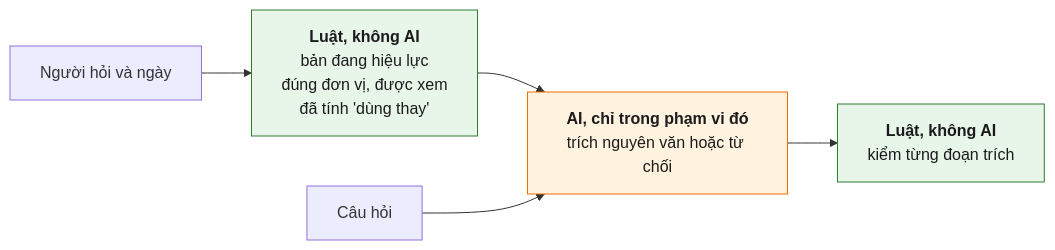
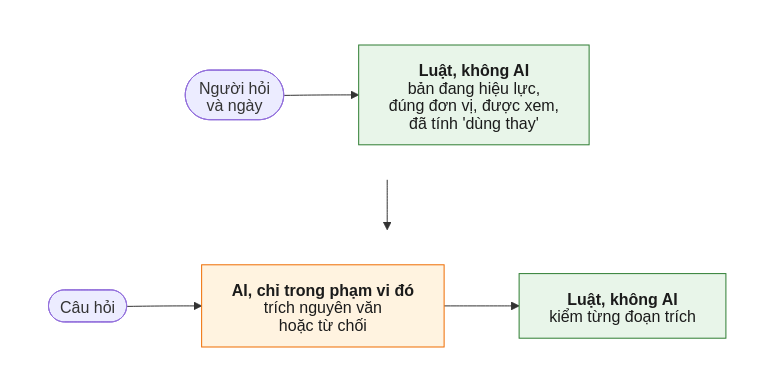
The first of 3 diagrams in README.md (Park-Hip/next-gen-2026), drawn with Mermaid before and after one commit. The commit also changed other lines of this file, not shown here.

Commit message:
Make the README diagrams robust on GitHub: SVG text labels that never clip, two rows that keep clear of the zoom buttons

````diff
--- a/README.md
+++ b/README.md
@@ -65,11 +65,35 @@
 ```mermaid
-flowchart LR
-    who["Người hỏi và ngày"] --> rules["<b>Luật, không AI</b><br/>bản đang hiệu lực<br/>đúng đơn vị, được xem<br/>đã tính 'dùng thay'"]
-    rules --> ai["<b>AI, chỉ trong phạm vi đó</b><br/>trích nguyên văn hoặc từ chối"]
-    q["Câu hỏi"] --> ai
-    ai --> check["<b>Luật, không AI</b><br/>kiểm từng đoạn trích"]
+---
+config:
+  htmlLabels: false
+  flowchart:
+    htmlLabels: false
+    wrappingWidth: 400
+    diagramPadding: 8
+---
+flowchart TB
+    subgraph before[" "]
+        direction LR
+        who(["Người hỏi<br/>và ngày"]) --> rules["`**Luật, không AI**
+        bản đang hiệu lực,
+        đúng đơn vị, được xem,
+        đã tính 'dùng thay'`"]
+    end
+
+    subgraph after[" "]
+        direction LR
+        q(["Câu hỏi"]) --> ai["`**AI, chỉ trong phạm vi đó**
+        trích nguyên văn
+        hoặc từ chối`"]
+        ai --> check["`**Luật, không AI**
+        kiểm từng đoạn trích`"]
+    end
+
+    before --> after
 
     style rules fill:#e8f5e9,stroke:#2e7d32,color:#1b1b1b
     style check fill:#e8f5e9,stroke:#2e7d32,color:#1b1b1b
     style ai fill:#fff3e0,stroke:#ef6c00,color:#1b1b1b
+    style before fill:transparent,stroke:transparent
+    style after fill:transparent,stroke:transparent
 ```
````
